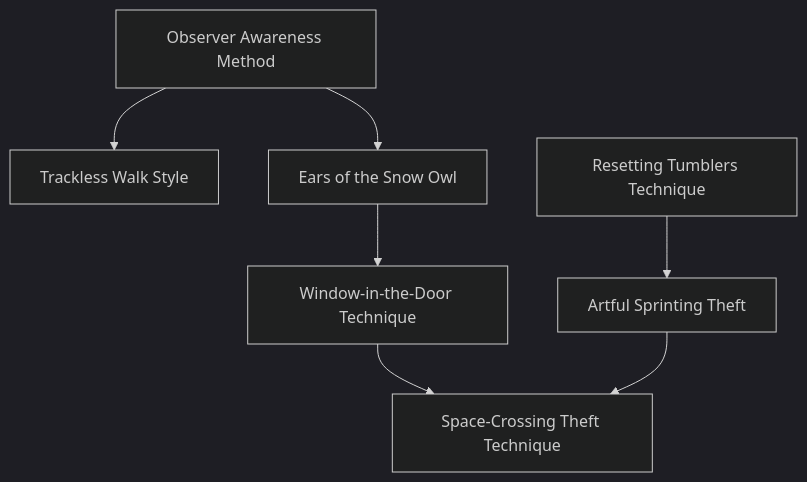
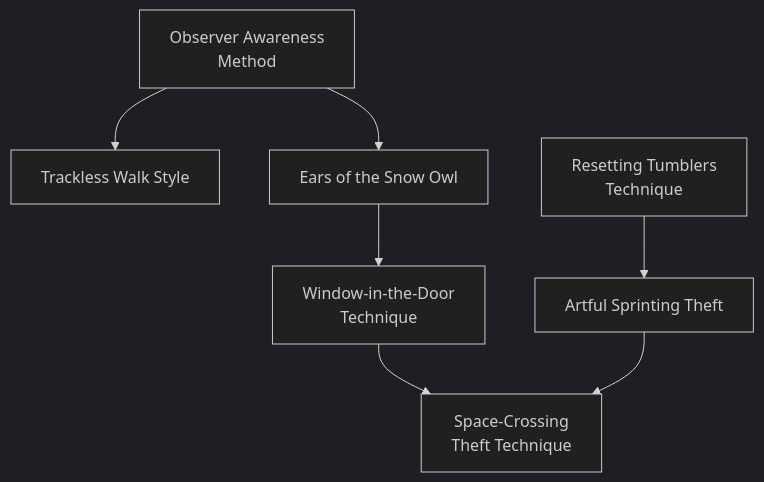
One commit to jrobichaud/exalted-charms-1e changed the diagram in docs/mermaid/dragon_blooded/water_larceny_1.mmd. Above: the diagram before and after it, drawn with Mermaid. The commit also changed 14 other files, not shown here.

```diff
--- a/docs/mermaid/dragon_blooded/water_larceny_1.mmd
+++ b/docs/mermaid/dragon_blooded/water_larceny_1.mmd
@@ -4,7 +4,7 @@
 ---
 flowchart TD
 
-    observer_awareness_method[Observer Awareness Method]
+    observer_awareness_method[Observer Awareness<br>Method]
     click observer_awareness_method callback "
         Observer Awareness Method<br>
         <br>
@@ -90,7 +90,7 @@
         distance, just physical obstructions.
         "
 
-    window_in_the_door_technique[Window-in-the-Door Technique]
+    window_in_the_door_technique[Window-in-the-Door<br>Technique]
     ears_of_the_snow_owl --> window_in_the_door_technique
     click window_in_the_door_technique callback "
         Window-in-the-Door Technique<br>
@@ -120,7 +120,7 @@
         this kind of voyeurism.
         "
 
-    resetting_tumblers_technique[Resetting Tumblers Technique]
+    resetting_tumblers_technique[Resetting Tumblers<br>Technique]
     click resetting_tumblers_technique callback "
         Resetting Tumblers Technique<br>
         <br>
@@ -174,7 +174,7 @@
         or end of this movement.
         "
 
-    space_crossing_theft_technique[Space-Crossing Theft Technique]
+    space_crossing_theft_technique[Space-Crossing<br>Theft Technique]
     window_in_the_door_technique --> space_crossing_theft_technique
     artful_sprinting_theft --> space_crossing_theft_technique
     click space_crossing_theft_technique callback "
```
